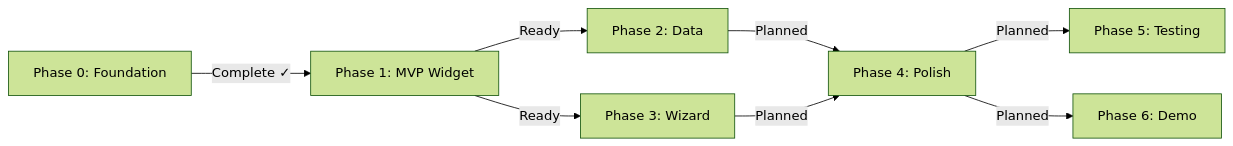
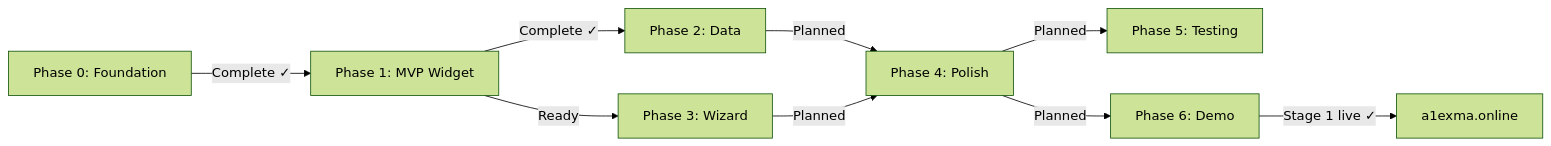
Before and after one commit to A1eksMa/four-t: the diagram in docs/proposals/epic-1-four-t-initial-release/progress.md, drawn with Mermaid (forest theme). The commit also changed other lines of this file and 5 other files, not shown here.

First line of the commit message:
docs(issue-8): add Phase 6 design, stage plans, and Stage 1 progress report

````diff
--- a/docs/proposals/epic-1-four-t-initial-release/progress.md
+++ b/docs/proposals/epic-1-four-t-initial-release/progress.md
@@ -5,10 +5,11 @@
 ```mermaid
 graph LR
     P0[Phase 0: Foundation] -->|Complete ✓| P1[Phase 1: MVP Widget]
-    P1 -->|Ready| P2[Phase 2: Data]
+    P1 -->|Complete ✓| P2[Phase 2: Data]
     P1 -->|Ready| P3[Phase 3: Wizard]
     P2 -->|Planned| P4[Phase 4: Polish]
     P3 -->|Planned| P4
     P4 -->|Planned| P5[Phase 5: Testing]
     P4 -->|Planned| P6[Phase 6: Demo]
+    P6 -->|Stage 1 live ✓| LIVE[a1exma.online]
 ```
````
